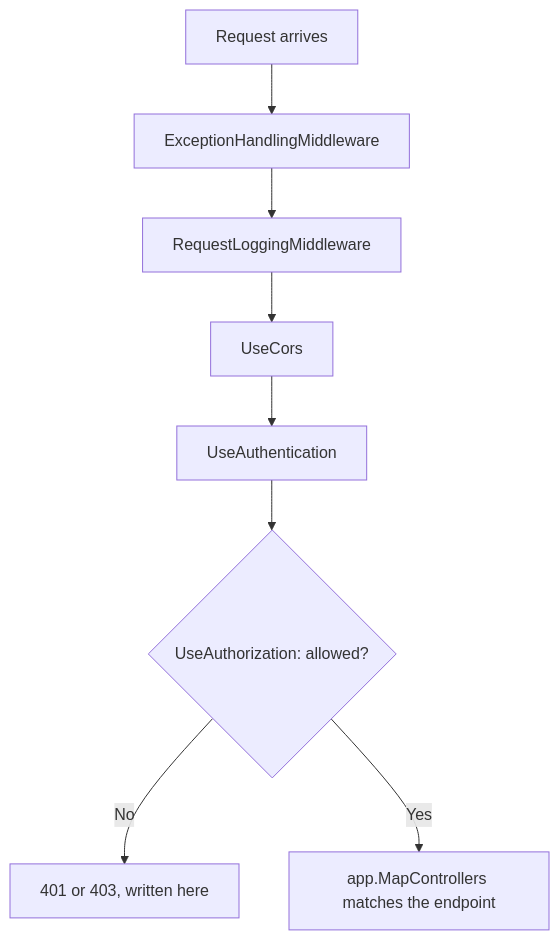
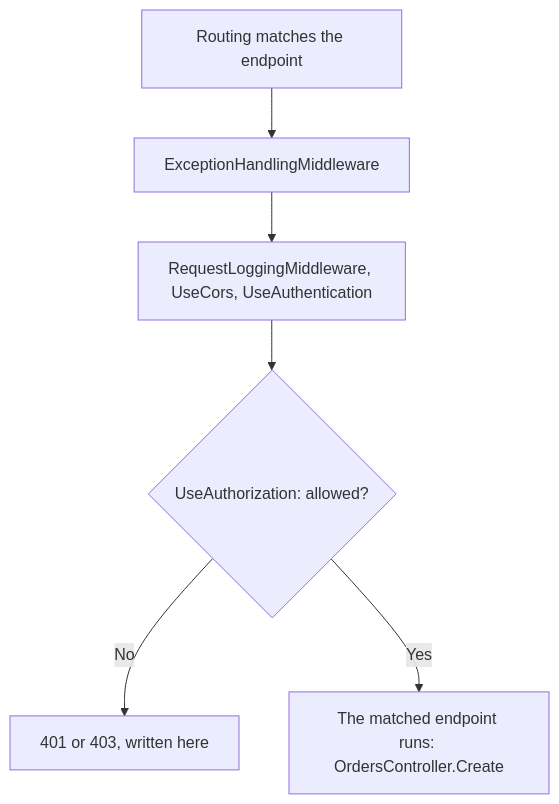
One commit to duyan11110/lo-trinh-architect changed the diagram in content/tracks/backend/web-server/backend.l1.middleware-pipeline.en.md. Above: the diagram before and after it, drawn with Mermaid. The commit also changed other lines of this file and 4 other files, not shown here.

````diff
--- a/content/tracks/backend/web-server/backend.l1.middleware-pipeline.en.md
+++ b/content/tracks/backend/web-server/backend.l1.middleware-pipeline.en.md
@@ -39,10 +39,8 @@
 ```mermaid
 flowchart TD
-  R[Request arrives] --> A[ExceptionHandlingMiddleware]
-  A --> B[RequestLoggingMiddleware]
-  B --> C[UseCors]
-  C --> D[UseAuthentication]
-  D --> E{UseAuthorization: allowed?}
+  M[Routing matches the endpoint] --> A[ExceptionHandlingMiddleware]
+  A --> B[RequestLoggingMiddleware, UseCors, UseAuthentication]
+  B --> E{UseAuthorization: allowed?}
   E -->|No| F[401 or 403, written here]
-  E -->|Yes| G[app.MapControllers matches the endpoint]
+  E -->|Yes| G[The matched endpoint runs: OrdersController.Create]
 ```
````
